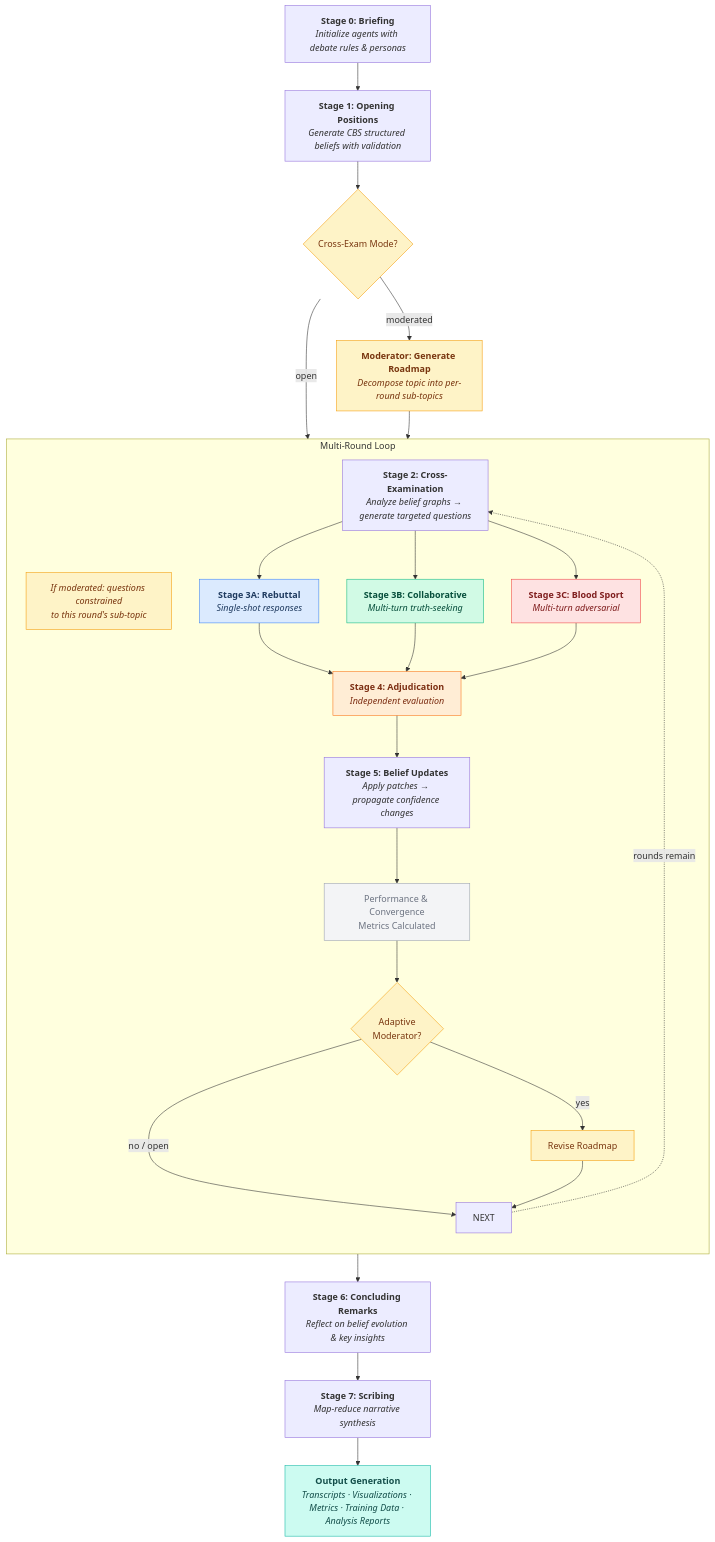
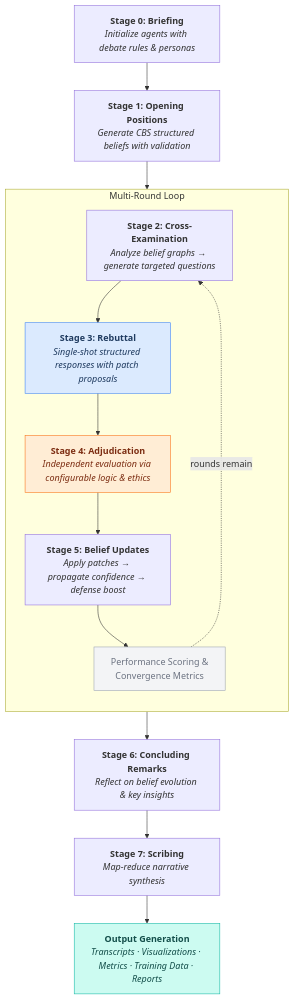
The diagram in README.md (GdKent/CHAL), drawn with Mermaid before and after one commit. The commit also changed other lines of this file and 44 other files, not shown here.

Commit message:
Removed moderator, collaborative, and bloodsport modes. Updated Readme.

````diff
--- a/README.md
+++ b/README.md
@@ -171,61 +171,32 @@
 ```mermaid
 flowchart TD
     S0["<b>Stage 0: Briefing</b><br/><i>Initialize agents with debate rules & personas</i>"]
     S1["<b>Stage 1: Opening Positions</b><br/><i>Generate CBS structured beliefs with validation</i>"]
 
     S0 --> S1
-    S1 --> MOD_CHECK
-
-    MOD_CHECK{"Cross-Exam Mode?"}
-    MOD_CHECK -->|"open"| LOOP
-    MOD_CHECK -->|"moderated"| MOD_GEN
-
-    MOD_GEN["<b>Moderator: Generate Roadmap</b><br/><i>Decompose topic into per-round sub-topics</i>"]
-    MOD_GEN --> LOOP
+    S1 --> LOOP
 
     subgraph LOOP ["Multi-Round Loop"]
         direction TB
         S2["<b>Stage 2: Cross-Examination</b><br/><i>Analyze belief graphs → generate targeted questions</i>"]
-        S2_NOTE["<i>If moderated: questions constrained<br/>to this round's sub-topic</i>"]
 
-        S2 ~~~ S2_NOTE
+        S2 --> S3["<b>Stage 3: Rebuttal</b><br/><i>Single-shot structured responses with patch proposals</i>"]
 
-        S2 --> S3A & S3B & S3C
+        S3 --> S4["<b>Stage 4: Adjudication</b><br/><i>Independent evaluation via configurable logic & ethics</i>"]
 
-        S3A["<b>Stage 3A: Rebuttal</b><br/><i>Single-shot responses</i>"]
-        S3B["<b>Stage 3B: Collaborative</b><br/><i>Multi-turn truth-seeking</i>"]
-        S3C["<b>Stage 3C: Blood Sport</b><br/><i>Multi-turn adversarial</i>"]
+        S4 --> S5["<b>Stage 5: Belief Updates</b><br/><i>Apply patches → propagate confidence → defense boost</i>"]
 
-        S3A --> S4["<b>Stage 4: Adjudication</b><br/><i>Independent evaluation</i>"]
-        S3B --> S4
-        S3C --> S4
+        S5 --> METRICS["Performance Scoring &<br/>Convergence Metrics"]
 
-        S4 --> S5
-
-        S5["<b>Stage 5: Belief Updates</b><br/><i>Apply patches → propagate confidence changes</i>"]
-        S5 --> METRICS["Performance & Convergence<br/>Metrics Calculated"]
-
-        METRICS --> MOD_REV{"Adaptive<br/>Moderator?"}
-        MOD_REV -->|"yes"| REVISE["Revise Roadmap"]
-        MOD_REV -->|"no / open"| NEXT
-        REVISE --> NEXT
-
-        NEXT -.->|"rounds remain"| S2
+        METRICS -.->|"rounds remain"| S2
     end
 
     LOOP --> S6["<b>Stage 6: Concluding Remarks</b><br/><i>Reflect on belief evolution & key insights</i>"]
     S6 --> S7["<b>Stage 7: Scribing</b><br/><i>Map-reduce narrative synthesis</i>"]
-    S7 --> OUT["<b>Output Generation</b><br/><i>Transcripts · Visualizations · Metrics · Training Data · Analysis Reports</i>"]
+    S7 --> OUT["<b>Output Generation</b><br/><i>Transcripts · Visualizations · Metrics · Training Data · Reports</i>"]
 
-    style S3A fill:#dbeafe,stroke:#3b82f6,color:#1e3a5f
-    style S3B fill:#d1fae5,stroke:#10b981,color:#064e3b
-    style S3C fill:#fee2e2,stroke:#ef4444,color:#7f1d1d
+    style S3 fill:#dbeafe,stroke:#3b82f6,color:#1e3a5f
     style S4 fill:#ffedd5,stroke:#f97316,color:#7c2d12
     style METRICS fill:#f3f4f6,stroke:#9ca3af,color:#6b7280
     style OUT fill:#ccfbf1,stroke:#14b8a6,color:#134e4a
-    style MOD_CHECK fill:#fef3c7,stroke:#f59e0b,color:#78350f
-    style MOD_GEN fill:#fef3c7,stroke:#f59e0b,color:#78350f
-    style MOD_REV fill:#fef3c7,stroke:#f59e0b,color:#78350f
-    style REVISE fill:#fef3c7,stroke:#f59e0b,color:#78350f
-    style S2_NOTE fill:#fef3c7,stroke:#f59e0b,color:#78350f
 ```
````
